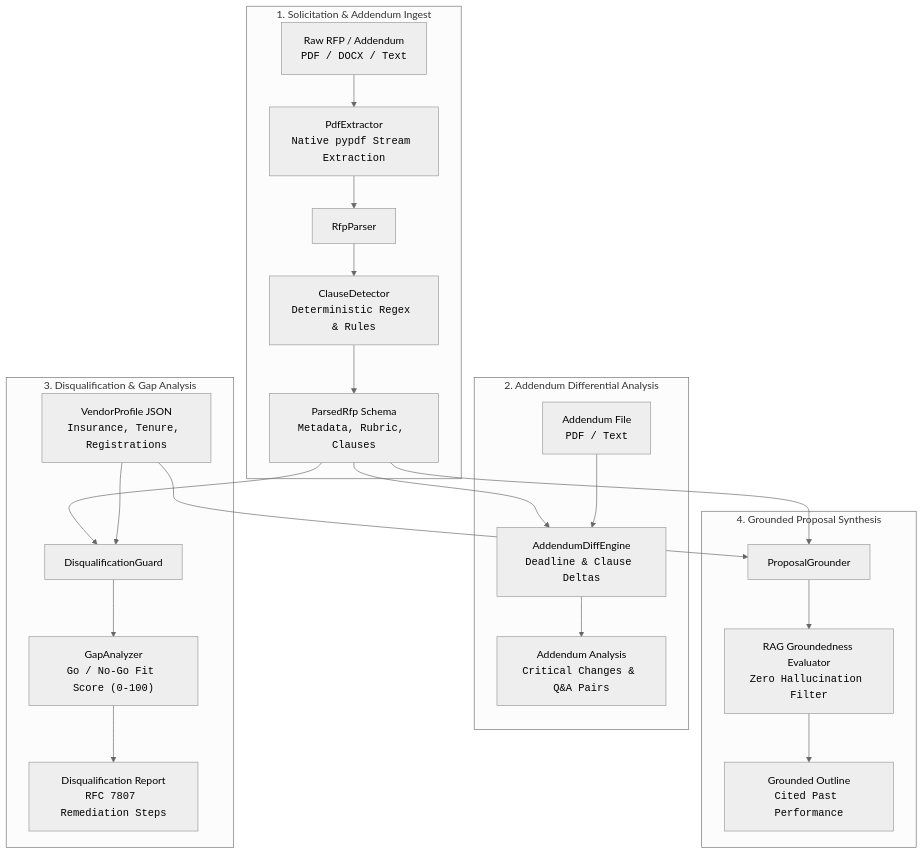
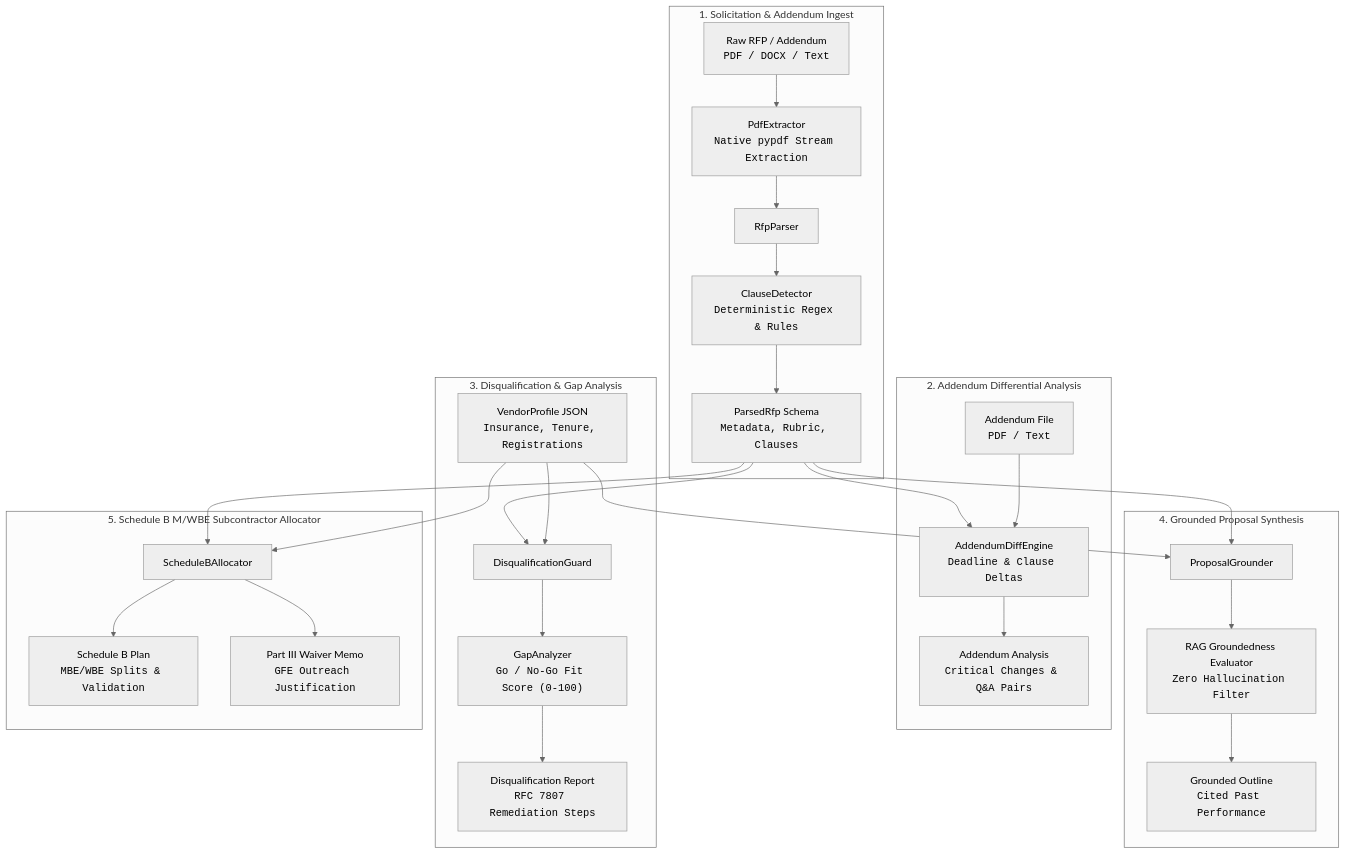
One commit to max-subzero/gov-bid-ai changed the diagram in README.md. Above: the diagram before and after it, drawn with Mermaid (neutral theme). The commit also changed other lines of this file and 8 other files, not shown here.

Commit message:
feat(mwbe): add Schedule B M/WBE subcontractor allocation and waiver engine

````diff
--- a/README.md
+++ b/README.md
@@ -33,29 +33,36 @@
 ```mermaid
 flowchart TD
     subgraph Ingestion["1. Solicitation & Addendum Ingest"]
         A["Raw RFP / Addendum<br/><code>PDF / DOCX / Text</code>"] --> P["PdfExtractor<br/><code>Native pypdf Stream Extraction</code>"]
         P --> B["RfpParser"]
         B --> C["ClauseDetector<br/><code>Deterministic Regex & Rules</code>"]
         C --> D["ParsedRfp Schema<br/><code>Metadata, Rubric, Clauses</code>"]
     end
 
     subgraph Addendum["2. Addendum Differential Analysis"]
         D --> AD["AddendumDiffEngine<br/><code>Deadline & Clause Deltas</code>"]
         ADD["Addendum File<br/><code>PDF / Text</code>"] --> AD
         AD --> AR["Addendum Analysis<br/><code>Critical Changes & Q&A Pairs</code>"]
     end
 
     subgraph Defense["3. Disqualification & Gap Analysis"]
         D --> E["DisqualificationGuard"]
         V["VendorProfile JSON<br/><code>Insurance, Tenure, Registrations</code>"] --> E
         E --> F["GapAnalyzer<br/><code>Go / No-Go Fit Score (0-100)</code>"]
         F --> G["Disqualification Report<br/><code>RFC 7807 Remediation Steps</code>"]
     end
 
     subgraph Proposal["4. Grounded Proposal Synthesis"]
         D --> H["ProposalGrounder"]
         V --> H
         H --> I["RAG Groundedness Evaluator<br/><code>Zero Hallucination Filter</code>"]
         I --> J["Grounded Outline<br/><code>Cited Past Performance</code>"]
     end
+
+    subgraph Mwbe["5. Schedule B M/WBE Subcontractor Allocator"]
+        D --> SB["ScheduleBAllocator"]
+        V --> SB
+        SB --> SBP["Schedule B Plan<br/><code>MBE/WBE Splits & Validation</code>"]
+        SB --> WM["Part III Waiver Memo<br/><code>GFE Outreach Justification</code>"]
+    end
 ```
````
